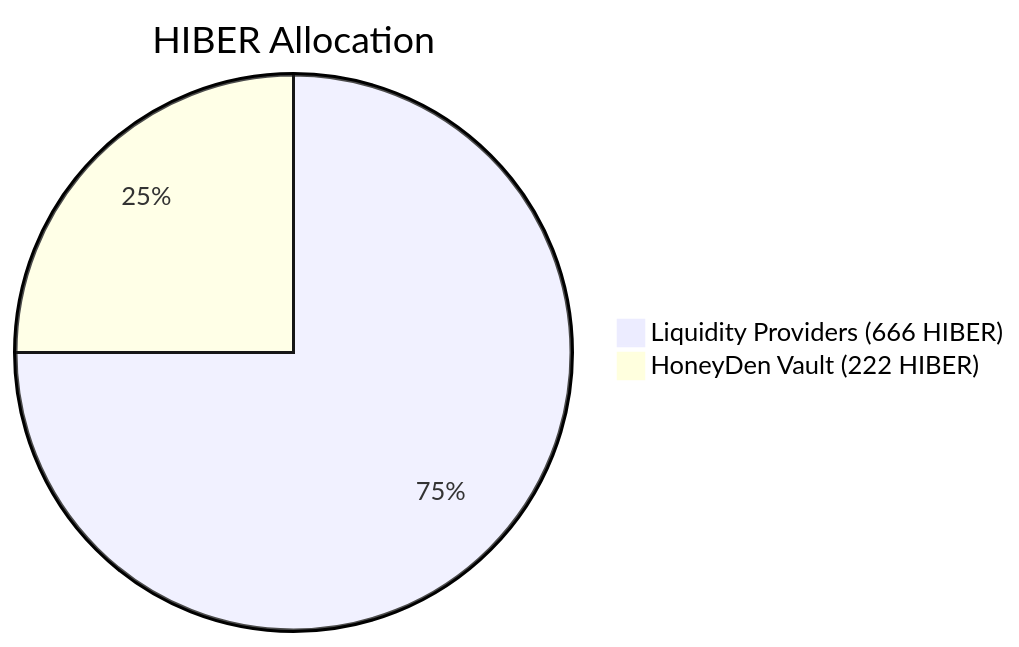
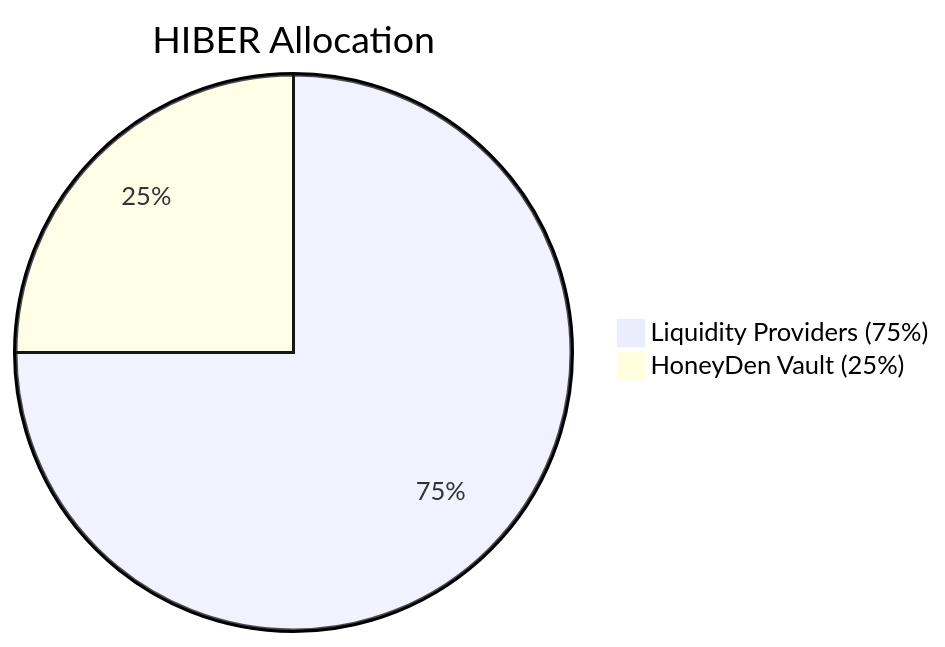
Before and after one commit to hiber-fi/launching: the first of 2 diagrams in README.md, drawn with Mermaid. The commit also changed other lines of this file, not shown here.

````diff
--- a/README.md
+++ b/README.md
@@ -36,6 +40,6 @@
 ```mermaid
 pie
     title HIBER Allocation
-    "Liquidity Providers (666 HIBER)": 75
-    "HoneyDen Vault (222 HIBER)": 25
+    "Liquidity Providers (75%)": 75
+    "HoneyDen Vault (25%)": 25
 ```
````
